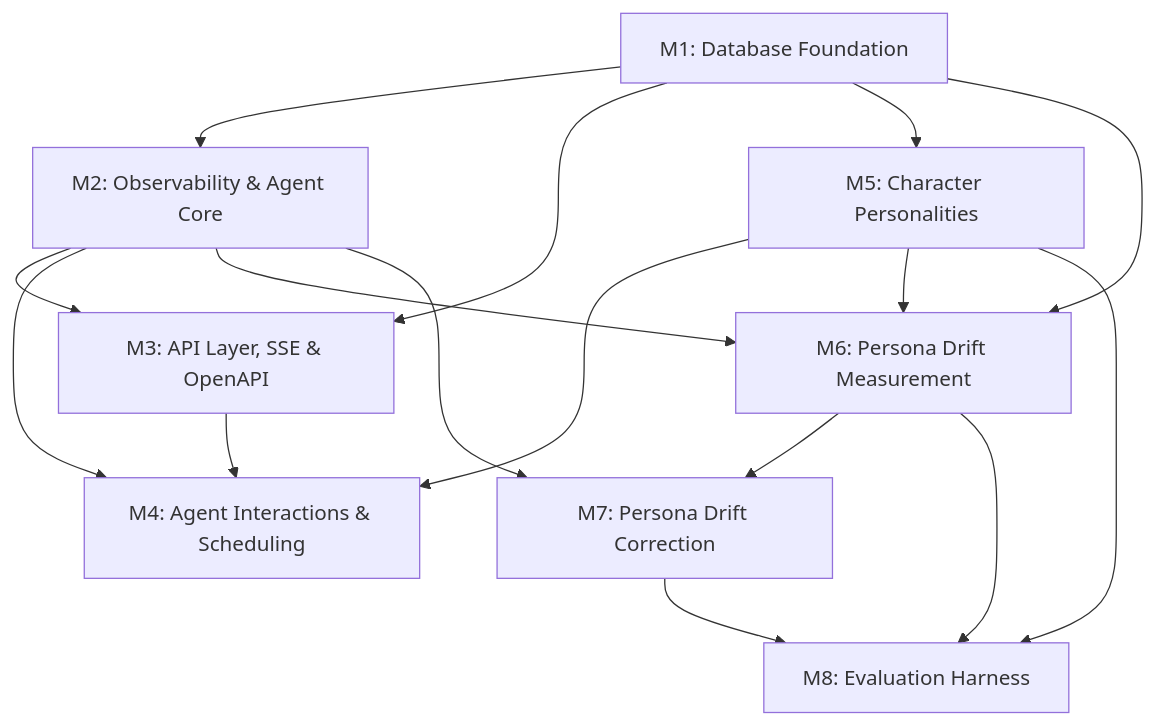
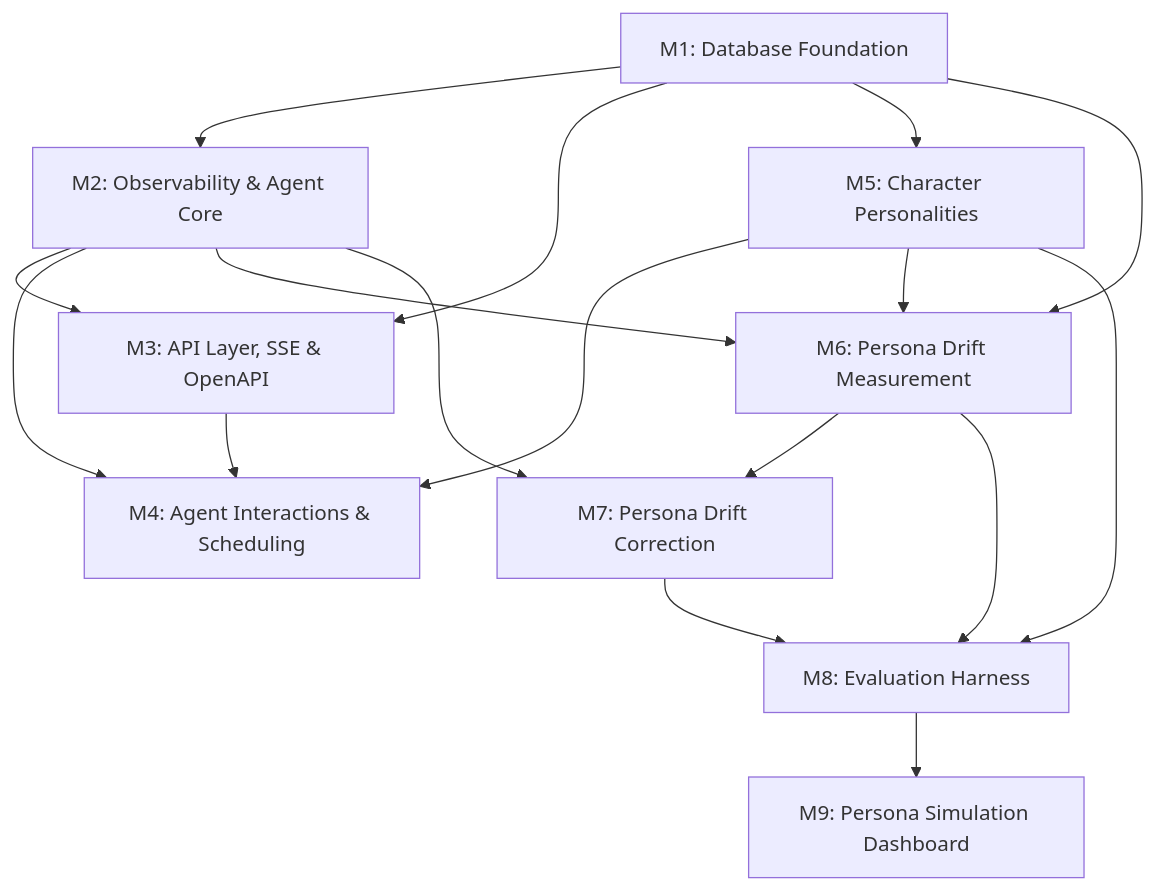
The diagram in AGENTS.md (pedropaulovc/the-office), drawn with Mermaid before and after one commit. The commit also changed other lines of this file and 3 other files, not shown here.

````diff
--- a/AGENTS.md
+++ b/AGENTS.md
@@ -77,18 +77,19 @@
 ```mermaid
 graph TD
     M1[M1: Database Foundation] --> M2[M2: Observability & Agent Core]
     M1 --> M3[M3: API Layer, SSE & OpenAPI]
     M2 --> M3
     M3 --> M4[M4: Agent Interactions & Scheduling]
     M2 --> M4
     M1 --> M5[M5: Character Personalities]
     M5 --> M4
     M5 --> M6[M6: Persona Drift Measurement]
     M2 --> M6
     M1 --> M6
     M6 --> M7[M7: Persona Drift Correction]
     M2 --> M7
     M6 --> M8[M8: Evaluation Harness]
     M5 --> M8
     M7 --> M8
+    M8 --> M9[M9: Persona Simulation Dashboard]
 ```
````
